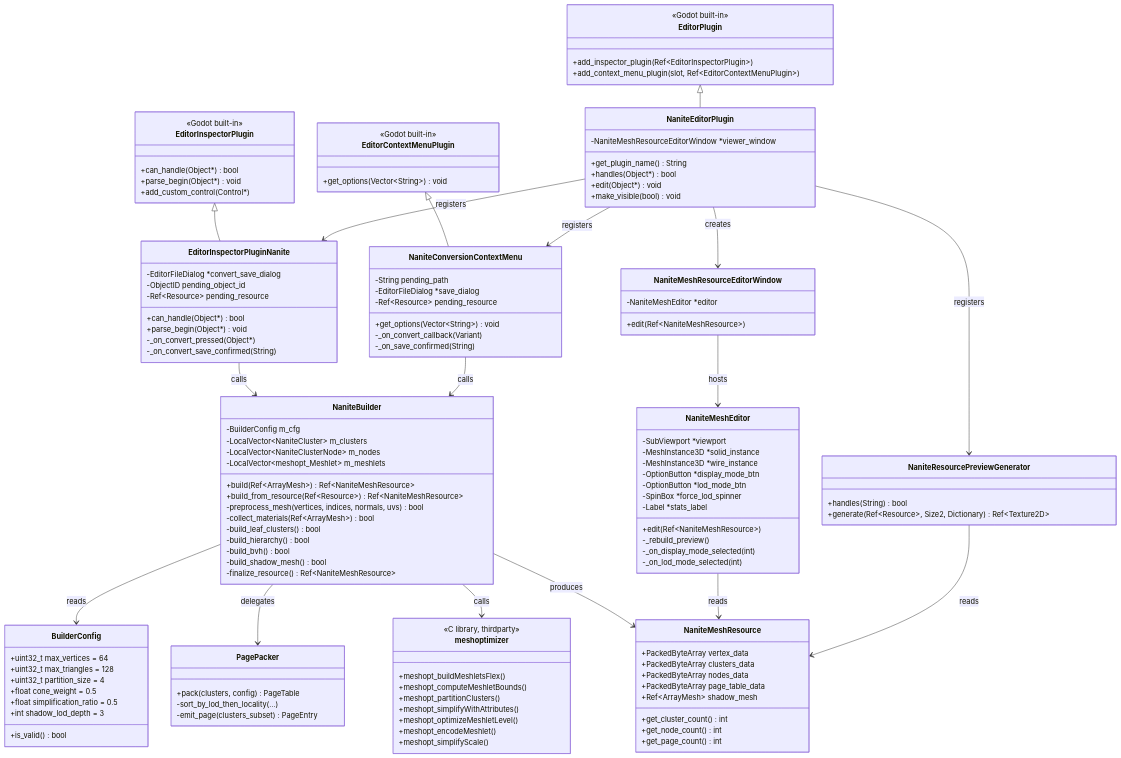
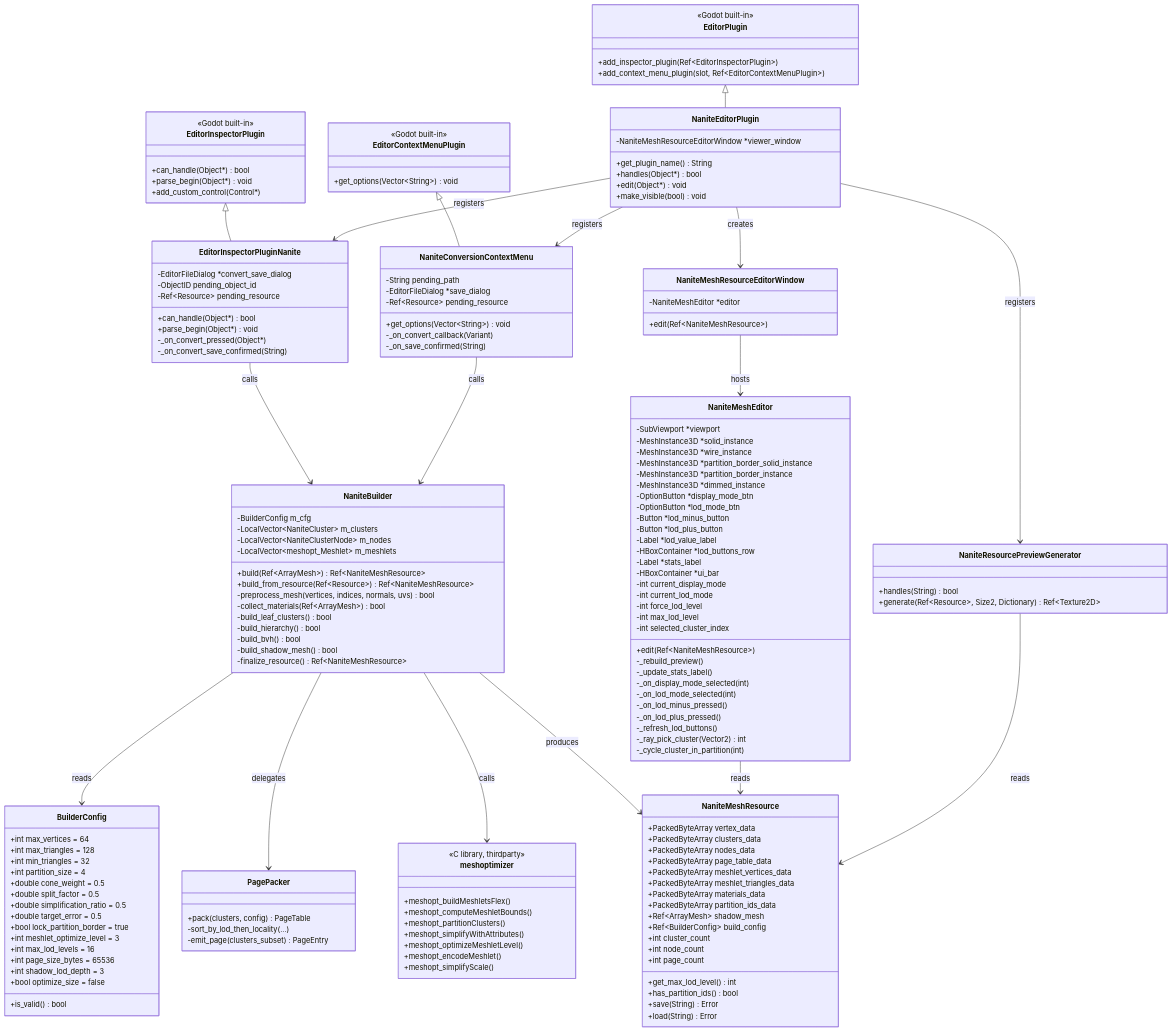
Before and after one commit to alonecat06/godot: the second of 6 diagrams in nanite_doc/nanite-editor-generation-analysis.md, drawn with Mermaid. The commit also changed other lines of this file, not shown here.

First line of the commit message:
docs(nanite): 同步编辑器生成流程分析至最新代码（纯拓扑分区 + partition_id v4 + 预览器交互增强）

```diff
--- a/nanite_doc/nanite-editor-generation-analysis.md
+++ b/nanite_doc/nanite-editor-generation-analysis.md
@@ -99,12 +99,20 @@
         -LocalVector~meshopt_Meshlet~ m_meshlets
     }
     class BuilderConfig {
-        +uint32_t max_vertices = 64
-        +uint32_t max_triangles = 128
-        +uint32_t partition_size = 4
-        +float cone_weight = 0.5
-        +float simplification_ratio = 0.5
+        +int max_vertices = 64
+        +int max_triangles = 128
+        +int min_triangles = 32
+        +int partition_size = 4
+        +double cone_weight = 0.5
+        +double split_factor = 0.5
+        +double simplification_ratio = 0.5
+        +double target_error = 0.5
+        +bool lock_partition_border = true
+        +int meshlet_optimize_level = 3
+        +int max_lod_levels = 16
+        +int page_size_bytes = 65536
         +int shadow_lod_depth = 3
+        +bool optimize_size = false
         +is_valid() bool
     }
     class NaniteMeshResource {
@@ -112,10 +120,19 @@
         +PackedByteArray clusters_data
         +PackedByteArray nodes_data
         +PackedByteArray page_table_data
+        +PackedByteArray meshlet_vertices_data
+        +PackedByteArray meshlet_triangles_data
+        +PackedByteArray materials_data
+        +PackedByteArray partition_ids_data
         +Ref~ArrayMesh~ shadow_mesh
-        +get_cluster_count() int
-        +get_node_count() int
-        +get_page_count() int
+        +Ref~BuilderConfig~ build_config
+        +int cluster_count
+        +int node_count
+        +int page_count
+        +get_max_lod_level() int
+        +has_partition_ids() bool
+        +save(String) Error
+        +load(String) Error
     }
     class NaniteMeshResourceEditorWindow {
         +edit(Ref~NaniteMeshResource~)
@@ -124,15 +141,33 @@
     class NaniteMeshEditor {
         +edit(Ref~NaniteMeshResource~)
         -_rebuild_preview()
+        -_update_stats_label()
         -_on_display_mode_selected(int)
         -_on_lod_mode_selected(int)
+        -_on_lod_minus_pressed()
+        -_on_lod_plus_pressed()
+        -_refresh_lod_buttons()
+        -_ray_pick_cluster(Vector2) int
+        -_cycle_cluster_in_partition(int)
         -SubViewport *viewport
         -MeshInstance3D *solid_instance
         -MeshInstance3D *wire_instance
+        -MeshInstance3D *partition_border_solid_instance
+        -MeshInstance3D *partition_border_instance
+        -MeshInstance3D *dimmed_instance
         -OptionButton *display_mode_btn
         -OptionButton *lod_mode_btn
-        -SpinBox *force_lod_spinner
+        -Button *lod_minus_button
+        -Button *lod_plus_button
+        -Label *lod_value_label
+        -HBoxContainer *lod_buttons_row
         -Label *stats_label
+        -HBoxContainer *ui_bar
+        -int current_display_mode
+        -int current_lod_mode
+        -int force_lod_level
+        -int max_lod_level
+        -int selected_cluster_index
     }
     class NaniteResourcePreviewGenerator {
         +handles(String) bool
```
